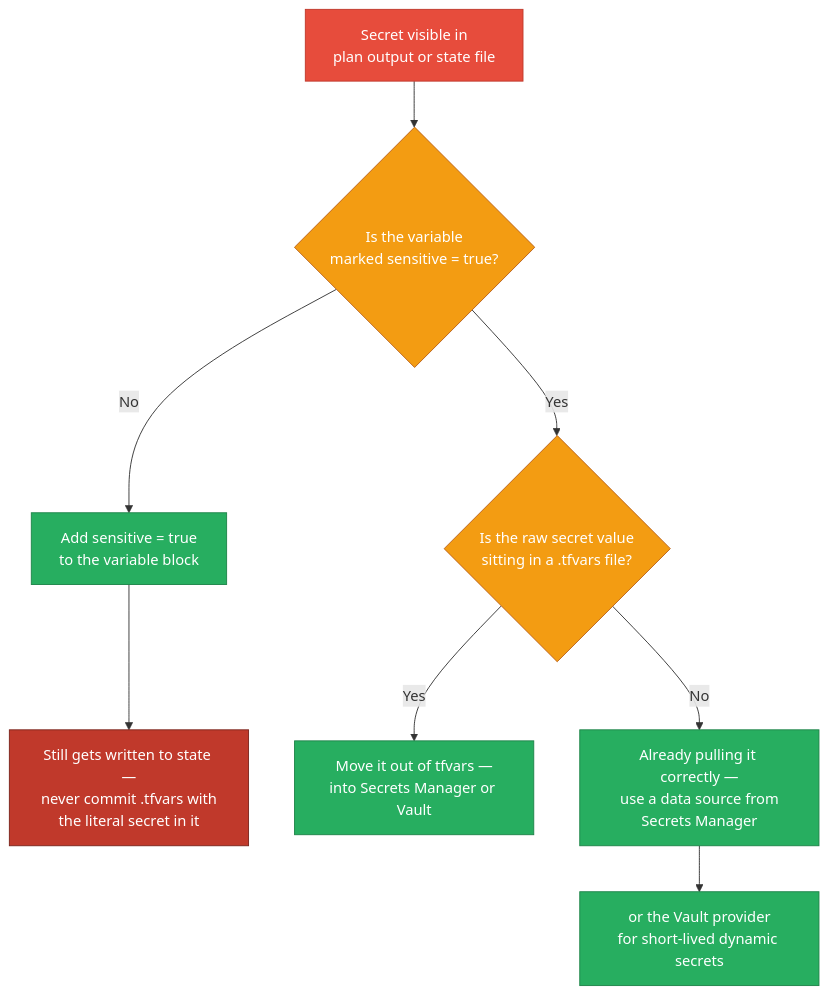
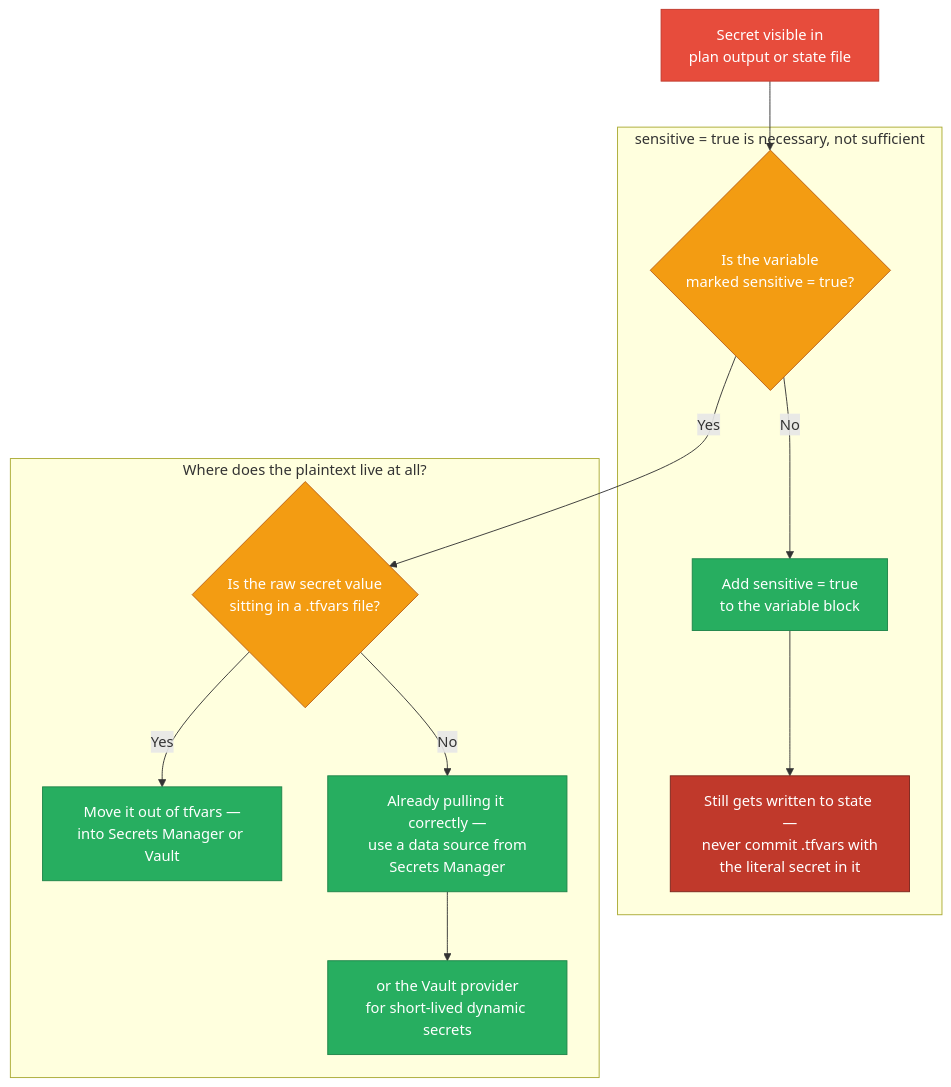
One commit to deepanshu-rawat6/DevOpsIndex changed the sixth of 8 diagrams in sre/iac-scenarios.md. Above: the diagram before and after it, drawn with Mermaid. The commit also changed other lines of this file and 7 other files, not shown here.

````diff
--- a/sre/iac-scenarios.md
+++ b/sre/iac-scenarios.md
@@ -327,16 +344,21 @@
 ```mermaid
 flowchart TD
     classDef err fill:#e74c3c,stroke:#c0392b,color:#fff
     classDef decision fill:#f39c12,stroke:#ba6018,color:#fff
     classDef fix fill:#27ae60,stroke:#1e8449,color:#fff
     classDef danger fill:#c0392b,stroke:#7b241c,color:#fff
 
     LEAK["Secret visible in<br/>plan output or state file"]:::err --> ISSENS{"Is the variable<br/>marked sensitive = true?"}:::decision
-    ISSENS -->|No| MARK["Add sensitive = true<br/>to the variable block"]:::fix
-    MARK --> STILLSTATE["Still gets written to state —<br/>never commit .tfvars with<br/>the literal secret in it"]:::danger
 
-    ISSENS -->|Yes| INTFVARS{"Is the raw secret value<br/>sitting in a .tfvars file?"}:::decision
-    INTFVARS -->|Yes| MOVE["Move it out of tfvars —<br/>into Secrets Manager or Vault"]:::fix
-    INTFVARS -->|No| DATASRC["Already pulling it correctly —<br/>use a data source from<br/>Secrets Manager"]:::fix
-    DATASRC --> VAULT["or the Vault provider<br/>for short-lived dynamic secrets"]:::fix
+    subgraph FLAGPATH["sensitive = true is necessary, not sufficient"]
+        ISSENS -->|No| MARK["Add sensitive = true<br/>to the variable block"]:::fix
+        MARK --> STILLSTATE["Still gets written to state —<br/>never commit .tfvars with<br/>the literal secret in it"]:::danger
+    end
+
+    subgraph SOURCEPATH["Where does the plaintext live at all?"]
+        ISSENS -->|Yes| INTFVARS{"Is the raw secret value<br/>sitting in a .tfvars file?"}:::decision
+        INTFVARS -->|Yes| MOVE["Move it out of tfvars —<br/>into Secrets Manager or Vault"]:::fix
+        INTFVARS -->|No| DATASRC["Already pulling it correctly —<br/>use a data source from<br/>Secrets Manager"]:::fix
+        DATASRC --> VAULT["or the Vault provider<br/>for short-lived dynamic secrets"]:::fix
+    end
 ```
````
